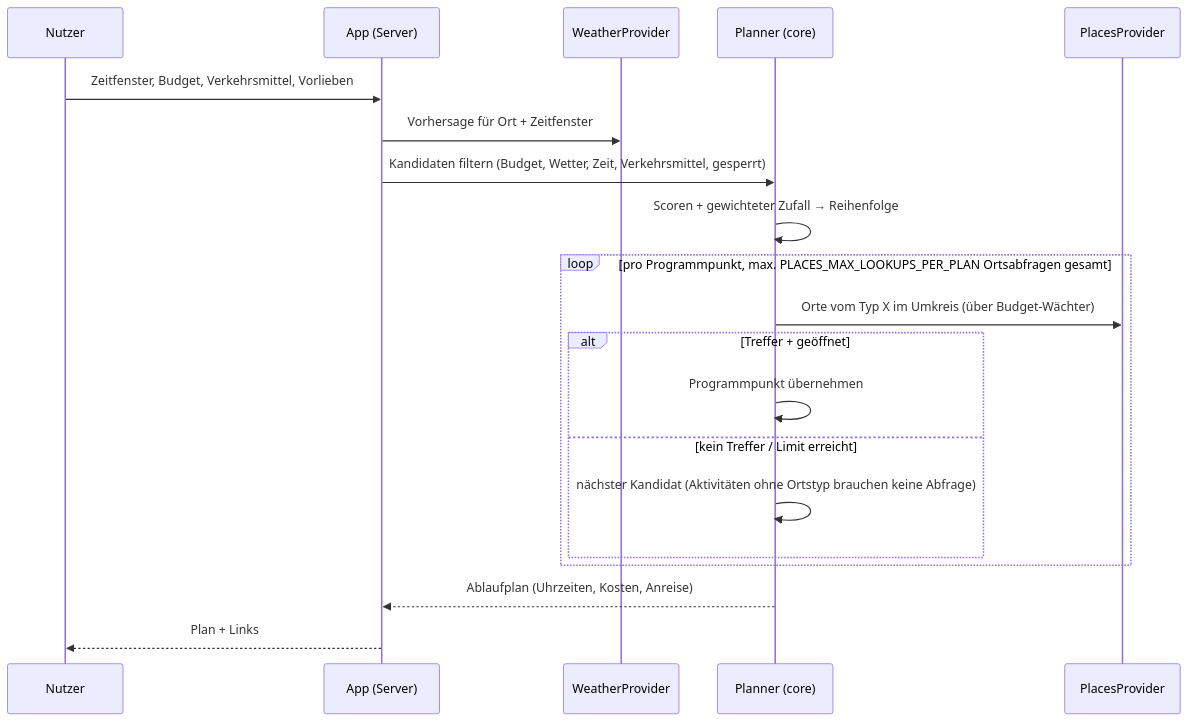
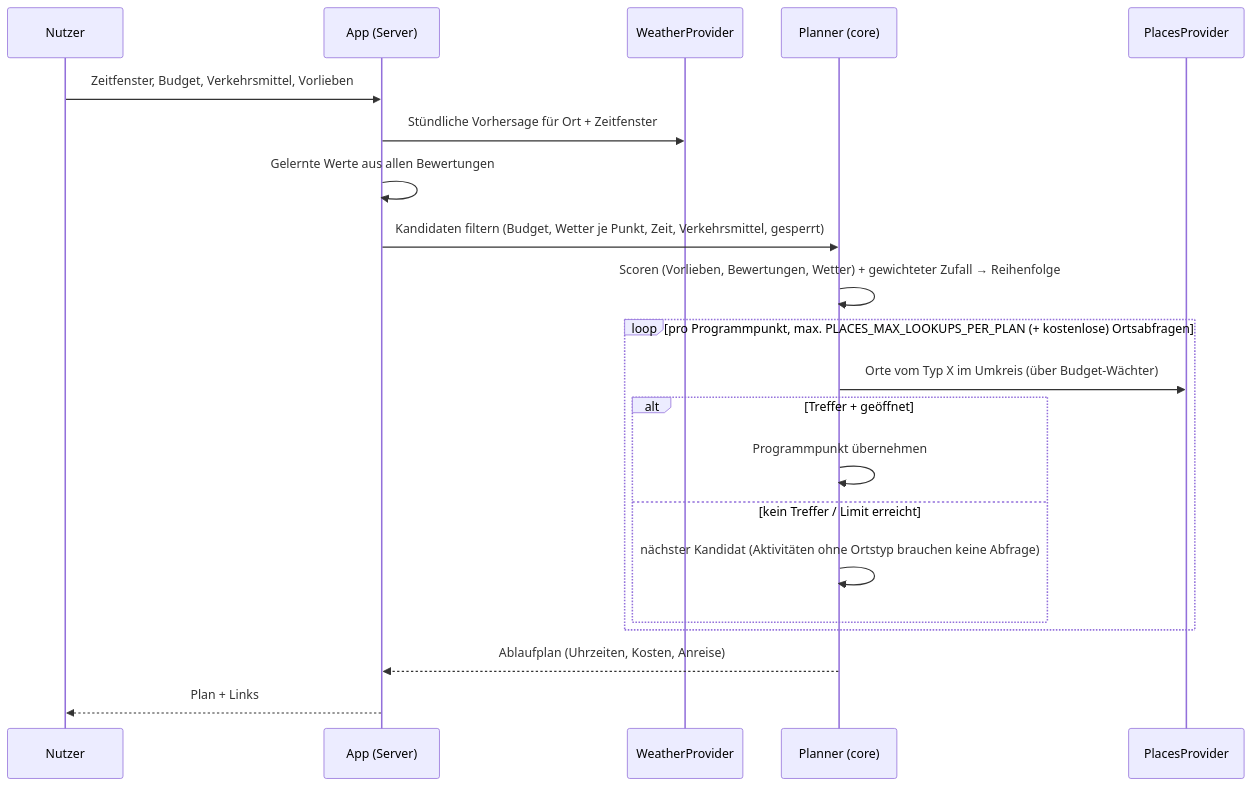
One commit to kebrob/date-planner changed the first of 2 diagrams in docs/arc42/06-laufzeitsicht.md. Above: the diagram before and after it, drawn with Mermaid. The commit also changed 7 other files, not shown here.

````diff
--- a/docs/arc42/06-laufzeitsicht.md
+++ b/docs/arc42/06-laufzeitsicht.md
@@ -5,22 +5,23 @@
 ```mermaid
 sequenceDiagram
     participant U as Nutzer
     participant A as App (Server)
     participant W as WeatherProvider
     participant P as Planner (core)
     participant PL as PlacesProvider
     U->>A: Zeitfenster, Budget, Verkehrsmittel, Vorlieben
-    A->>W: Vorhersage für Ort + Zeitfenster
-    A->>P: Kandidaten filtern (Budget, Wetter, Zeit, Verkehrsmittel, gesperrt)
-    P->>P: Scoren + gewichteter Zufall → Reihenfolge
-    loop pro Programmpunkt, max. PLACES_MAX_LOOKUPS_PER_PLAN Ortsabfragen gesamt
+    A->>W: Stündliche Vorhersage für Ort + Zeitfenster
+    A->>A: Gelernte Werte aus allen Bewertungen
+    A->>P: Kandidaten filtern (Budget, Wetter je Punkt, Zeit, Verkehrsmittel, gesperrt)
+    P->>P: Scoren (Vorlieben, Bewertungen, Wetter) + gewichteter Zufall → Reihenfolge
+    loop pro Programmpunkt, max. PLACES_MAX_LOOKUPS_PER_PLAN (+ kostenlose) Ortsabfragen
         P->>PL: Orte vom Typ X im Umkreis (über Budget-Wächter)
         alt Treffer + geöffnet
             P->>P: Programmpunkt übernehmen
         else kein Treffer / Limit erreicht
             P->>P: nächster Kandidat (Aktivitäten ohne Ortstyp brauchen keine Abfrage)
         end
     end
     P-->>A: Ablaufplan (Uhrzeiten, Kosten, Anreise)
     A-->>U: Plan + Links
 ```
````
